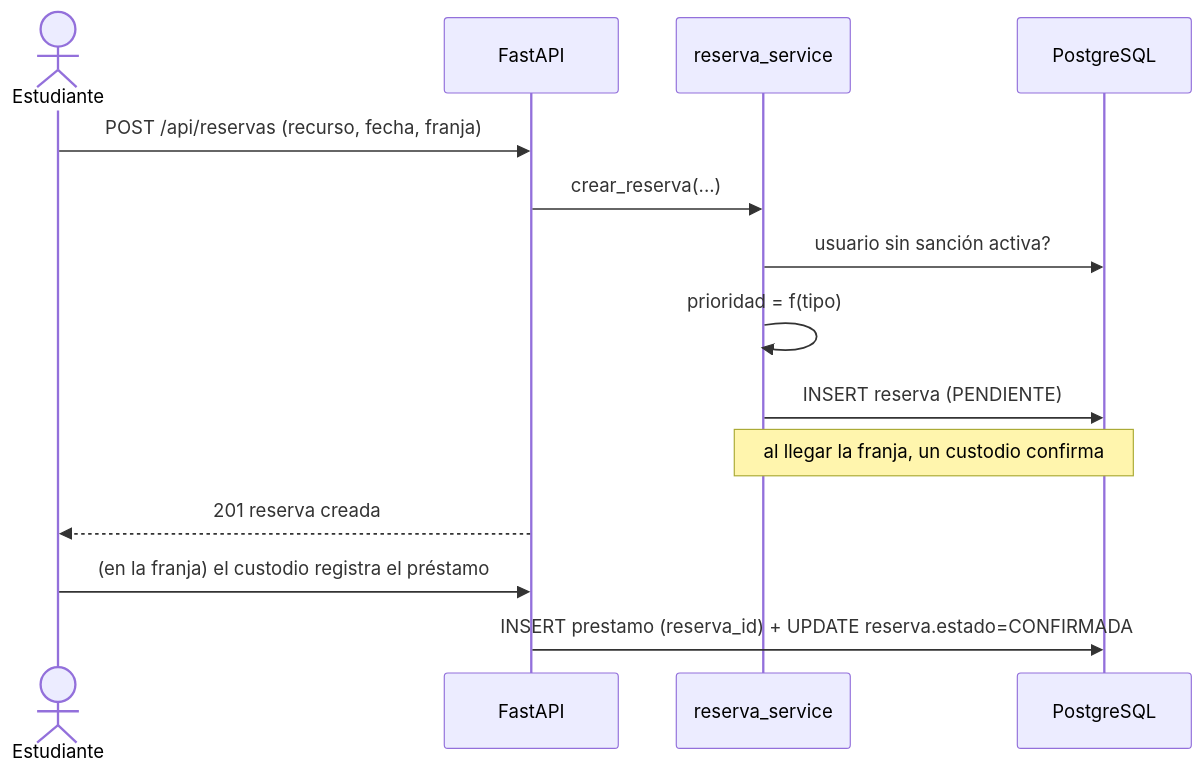
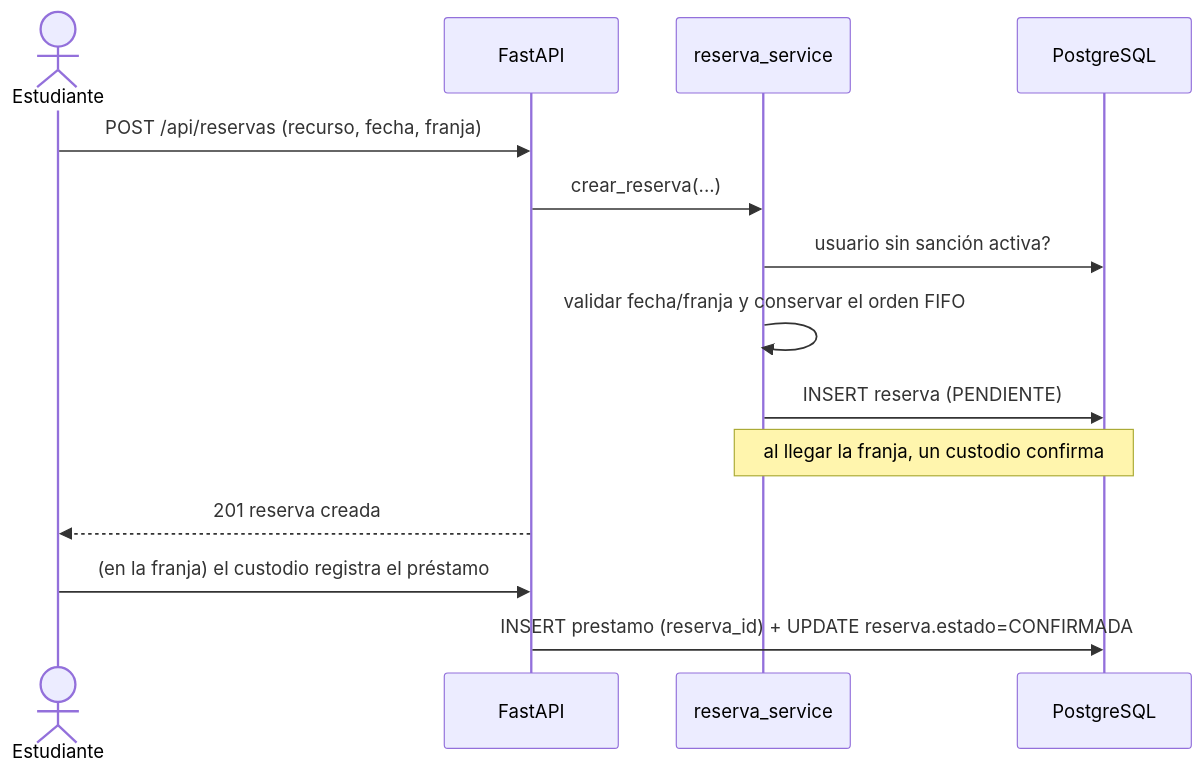
Before and after one commit to Cristhianepcc/ti2-sistema-prestamos: the fifth of 7 diagrams in docs/01-sdd.md, drawn with Mermaid. The commit also changed other lines of this file and 15 other files, not shown here.

````diff
--- a/docs/01-sdd.md
+++ b/docs/01-sdd.md
@@ -516,16 +516,16 @@
 ```mermaid
 sequenceDiagram
   actor E as Estudiante
   participant API as FastAPI
   participant R as reserva_service
   participant DB as PostgreSQL
   E->>API: POST /api/reservas (recurso, fecha, franja)
   API->>R: crear_reserva(...)
   R->>DB: usuario sin sanción activa?
-  R->>R: prioridad = f(tipo)
+  R->>R: validar fecha/franja y conservar el orden FIFO
   R->>DB: INSERT reserva (PENDIENTE)
   Note over R,DB: al llegar la franja, un custodio confirma
   API-->>E: 201 reserva creada
   E->>API: (en la franja) el custodio registra el préstamo
   API->>DB: INSERT prestamo (reserva_id) + UPDATE reserva.estado=CONFIRMADA
 ```
````
